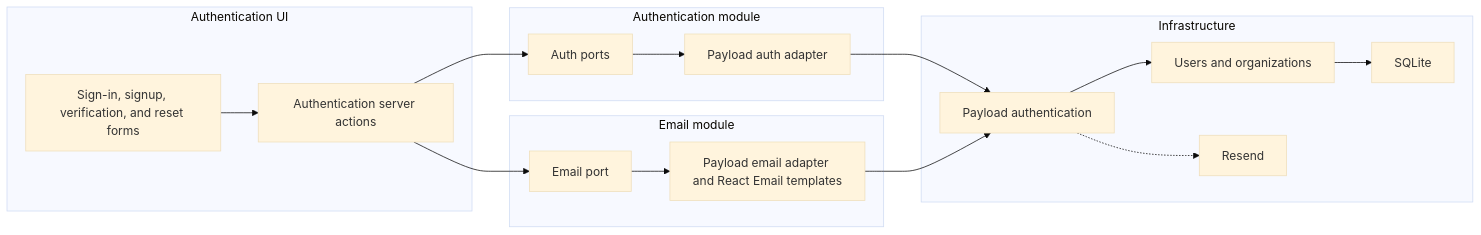
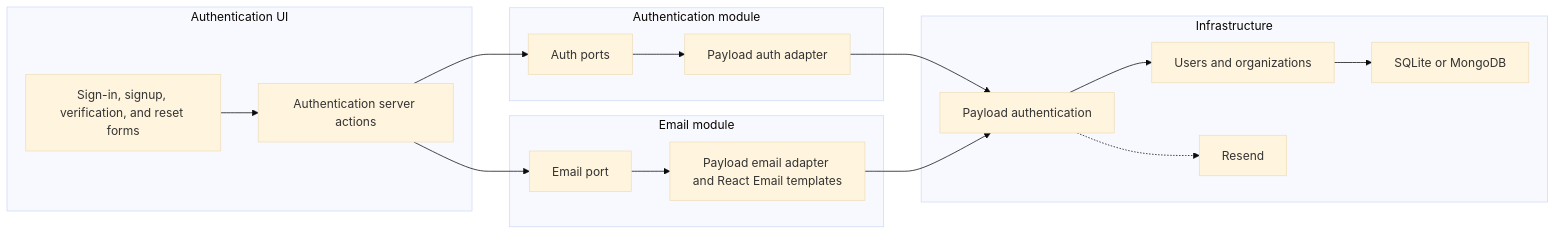
The sixth of 6 diagrams in docs/technical/APPLICATION_ARCHITECTURE.md (MubassirSapa/WayFinder), drawn with Mermaid (base theme) before and after one commit. The commit also changed other lines of this file and 9 other files, not shown here.

````diff
--- a/docs/technical/APPLICATION_ARCHITECTURE.md
+++ b/docs/technical/APPLICATION_ARCHITECTURE.md
@@ -495,35 +497,35 @@
 ```mermaid
 flowchart LR
     subgraph authUi ["Authentication UI"]
         forms["Sign-in, signup, verification, and reset forms"]
         authActions["Authentication server actions"]
     end
 
     subgraph authModule ["Authentication module"]
         authPorts["Auth ports"]
         authAdapter["Payload auth adapter"]
     end
 
     subgraph emailModule ["Email module"]
         emailPort["Email port"]
         emailAdapter["Payload email adapter and React Email templates"]
     end
 
     subgraph authInfrastructure ["Infrastructure"]
         payloadAuth["Payload authentication"]
         userCollections["Users and organizations"]
-        authDb["SQLite"]
+        authDb["SQLite or MongoDB"]
         emailProvider["Resend"]
     end
 
     forms --> authActions
     authActions --> authPorts
     authPorts --> authAdapter
     authAdapter --> payloadAuth
     payloadAuth --> userCollections
     userCollections --> authDb
     authActions --> emailPort
     emailPort --> emailAdapter
     emailAdapter --> payloadAuth
     payloadAuth -.-> emailProvider
 ```
````
